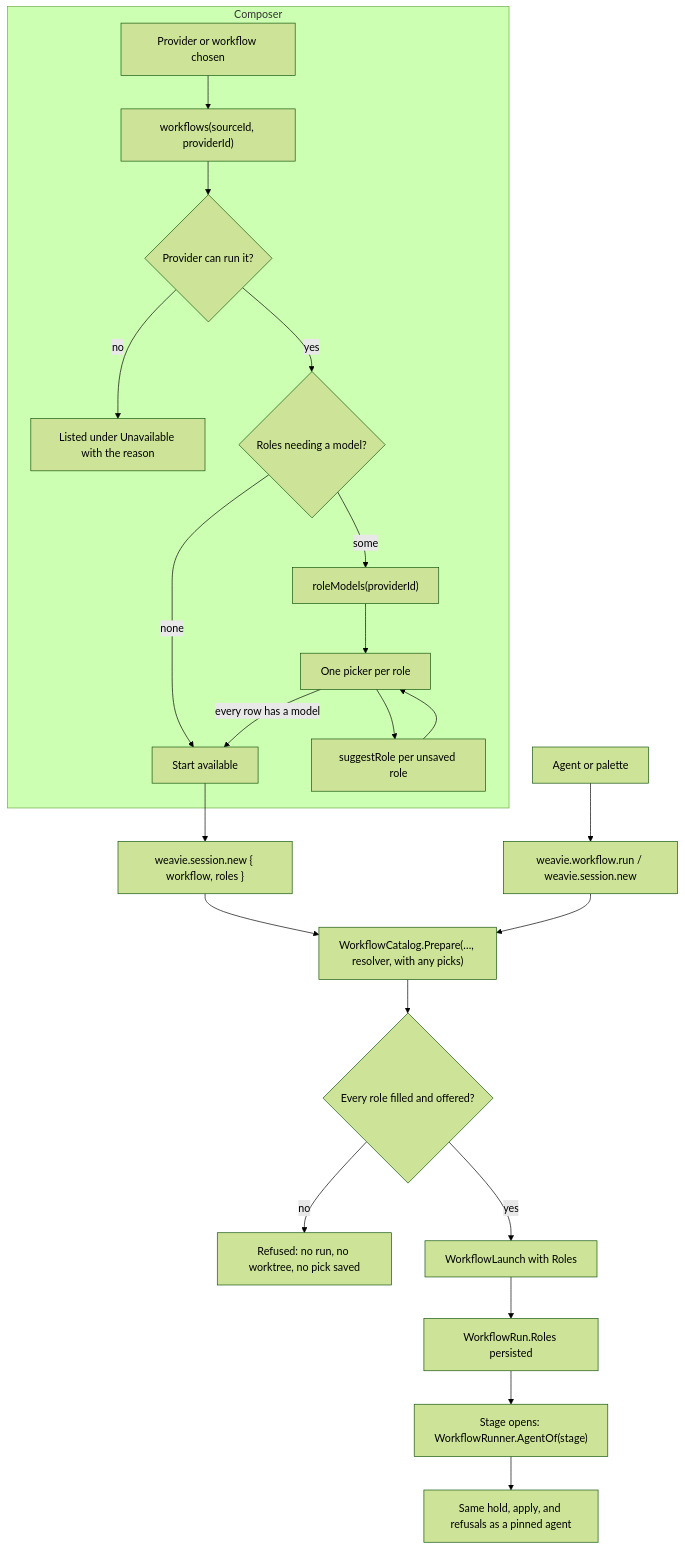
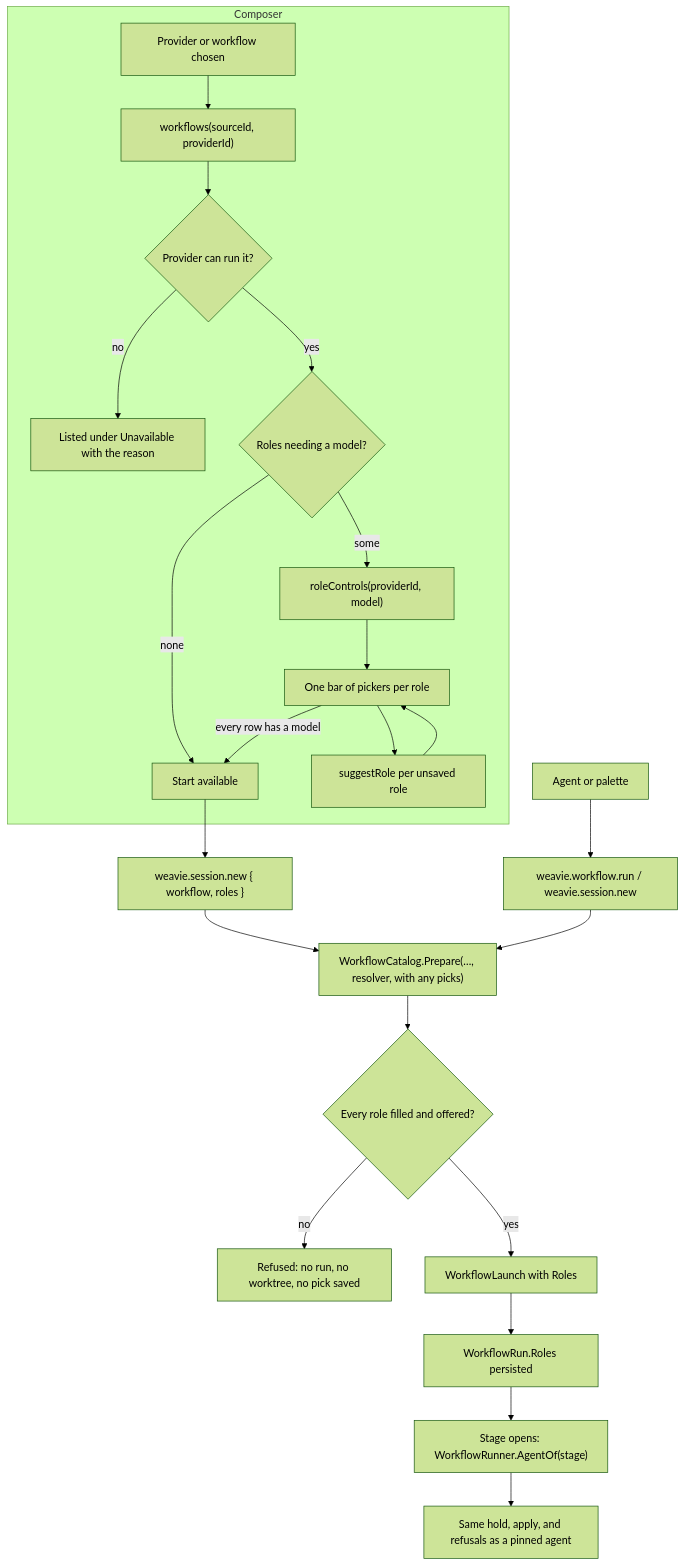
The diagram in docs/specs/workflow-roles/design.md (Kapps/weavie), drawn with Mermaid (forest theme) before and after one commit. The commit also changed other lines of this file and 28 other files, not shown here.

First line of the commit message:
Fill workflow roles with the agent's own model, effort, and Fast mode pickers

````diff
--- a/docs/specs/workflow-roles/design.md
+++ b/docs/specs/workflow-roles/design.md
@@ -46,25 +47,25 @@
 ```mermaid
 flowchart TD
   subgraph Composer
     Pick[Provider or workflow chosen] --> Cat["workflows(sourceId, providerId)"]
     Cat --> Can{Provider can run it?}
     Can -- no --> Unavail[Listed under Unavailable with the reason]
     Can -- yes --> Need{Roles needing a model?}
     Need -- none --> Ready[Start available]
-    Need -- some --> Models["roleModels(providerId)"]
-    Models --> Rows[One picker per role]
+    Need -- some --> Models["roleControls(providerId, model)"]
+    Models --> Rows[One bar of pickers per role]
     Rows --> Sug["suggestRole per unsaved role"]
     Sug --> Rows
     Rows -- every row has a model --> Ready
   end
   Ready --> New["weavie.session.new { workflow, roles }"]
   Agent[Agent or palette] --> Run[weavie.workflow.run / weavie.session.new]
   New --> Prep
   Run --> Prep["WorkflowCatalog.Prepare(…, resolver, with any picks)"]
   Prep --> Res{Every role filled and offered?}
   Res -- no --> Refuse[Refused: no run, no worktree, no pick saved]
   Res -- yes --> Launch[WorkflowLaunch with Roles]
   Launch --> RunRec[WorkflowRun.Roles persisted]
   RunRec --> Open["Stage opens: WorkflowRunner.AgentOf(stage)"]
   Open --> Apply[Same hold, apply, and refusals as a pinned agent]
 ```
````
